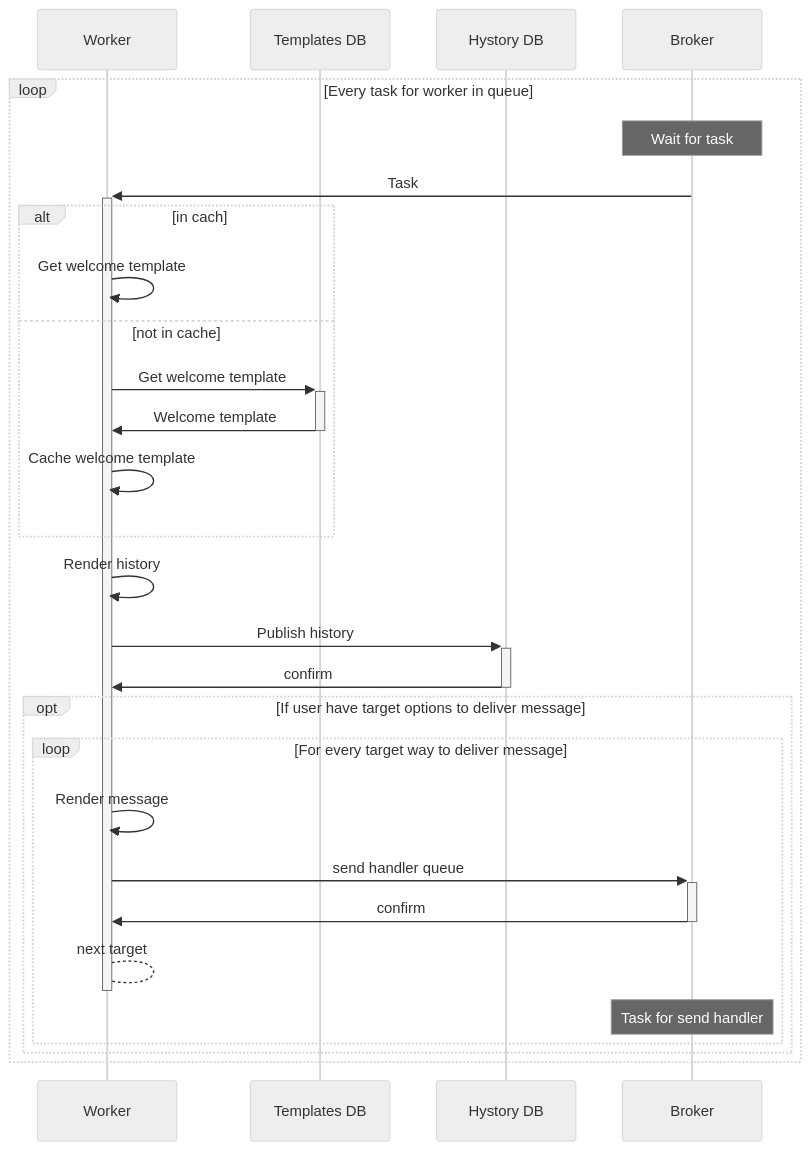
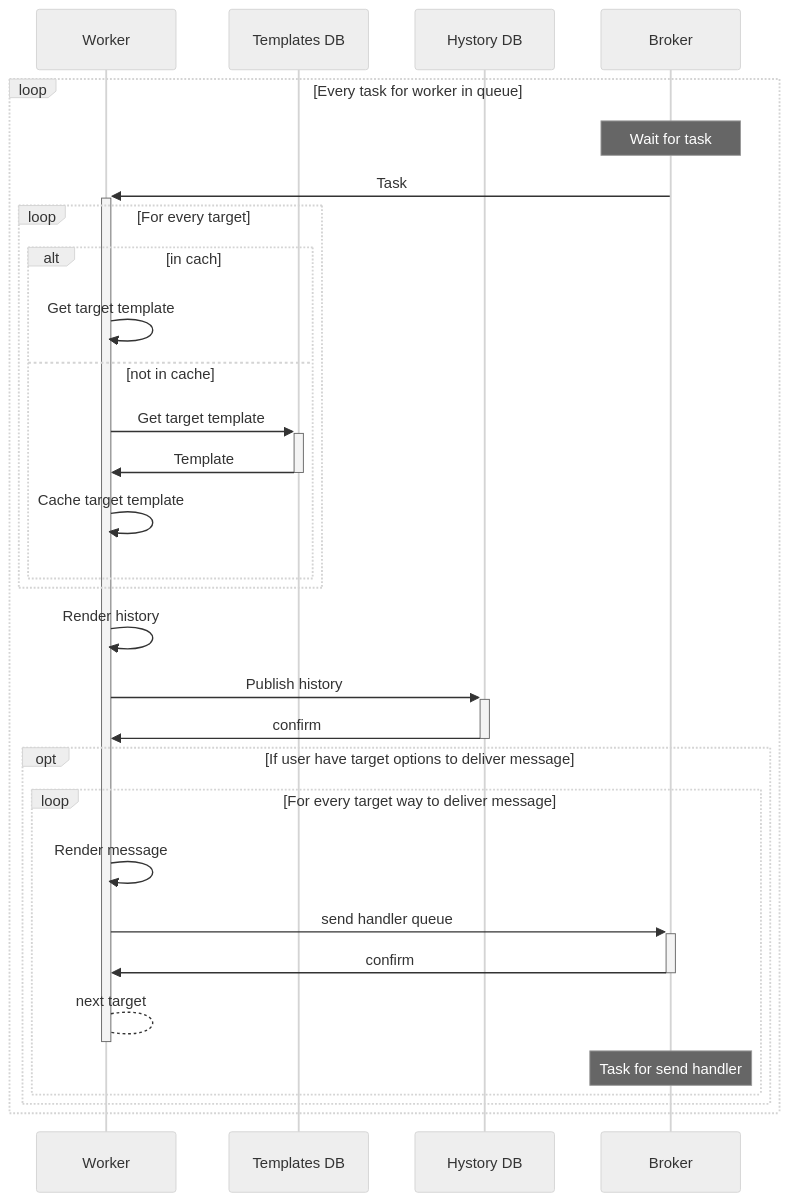
The first of 5 diagrams in documentation/Statement.md (aigt/notifications_sprint_1), drawn with Mermaid (neutral theme) before and after one commit. The commit also changed other lines of this file, not shown here.

Commit message:
Исправлены опечатки

````diff
--- a/documentation/Statement.md
+++ b/documentation/Statement.md
@@ -63,34 +63,36 @@
 ```mermaid
 
 sequenceDiagram
   participant Worker
   participant TDB as Templates DB
   participant HDB as Hystory DB
   participant Broker
 
   loop Every task for worker in queue
     Note over Broker: Wait for task
     Broker ->> +Worker: Task
-    alt in cach
-      Worker->>Worker: Get welcome template
-    else not in cache
-      Worker->>+TDB: Get welcome template
-      TDB->>-Worker: Welcome template
-      Worker->>Worker: Cache welcome template
+    loop For every target
+      alt in cach
+        Worker->>Worker: Get target template
+      else not in cache
+        Worker->>+TDB: Get target template
+        TDB->>-Worker: Template
+        Worker->>Worker: Cache target template
+      end
     end
     Worker->>Worker: Render history
     Worker->>+HDB: Publish history
     HDB->>-Worker: confirm
 
     opt If user have target options to deliver message
       loop For every target way to deliver message
         Worker->>Worker: Render message
         Worker->>+Broker: send handler queue
         Broker->>-Worker: confirm
         Worker-->-Worker: next target
         Note over Broker: Task for send handler
       end
     end
   end
 
 ```
````
